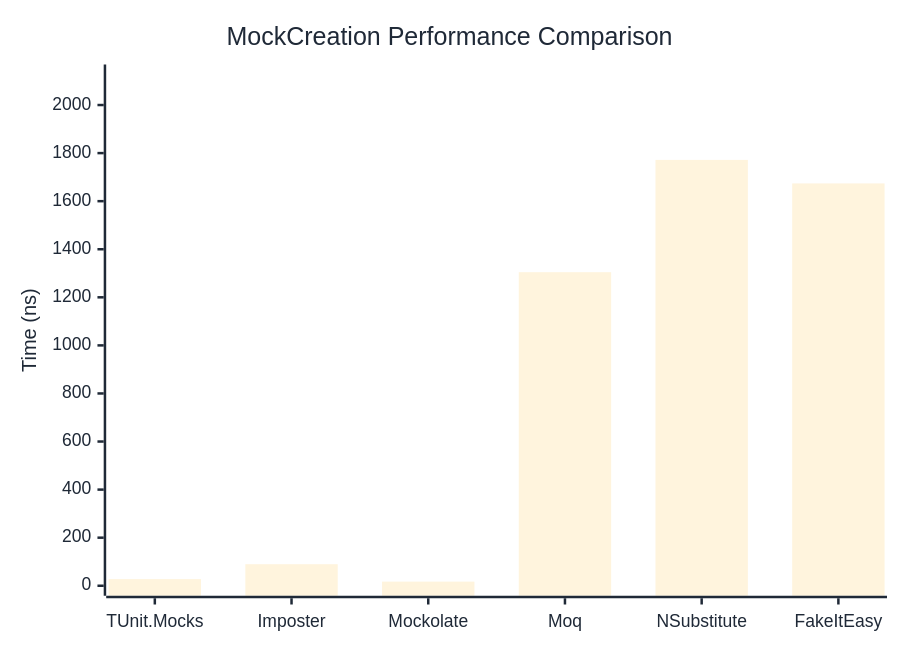
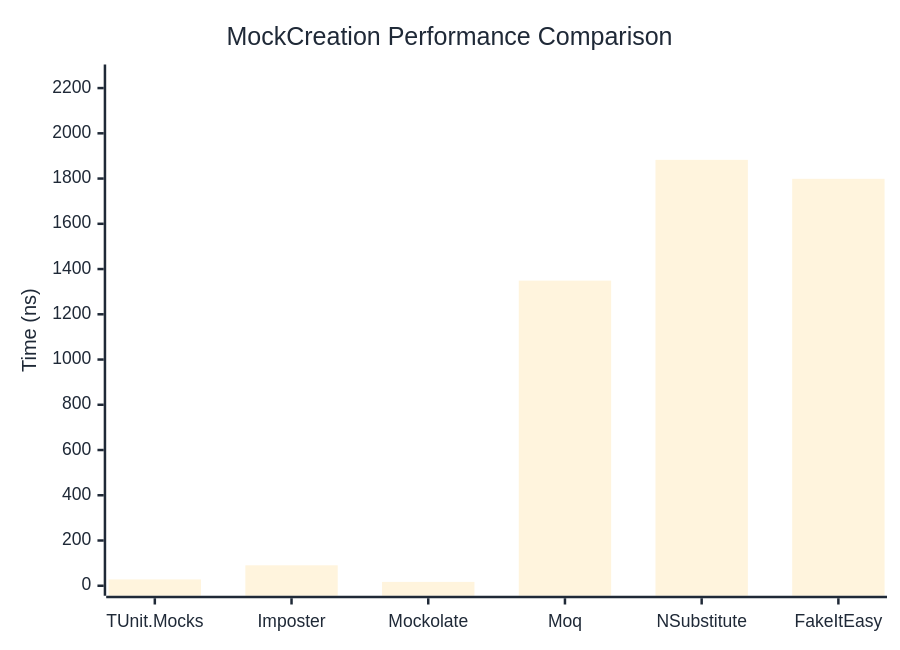
The first of 2 diagrams in docs/docs/benchmarks/mocks/MockCreation.md (thomhurst/TUnit), drawn with Mermaid before and after one commit. The commit also changed other lines of this file and 14 other files, not shown here.

````diff
--- a/docs/docs/benchmarks/mocks/MockCreation.md
+++ b/docs/docs/benchmarks/mocks/MockCreation.md
@@ -30,27 +30,27 @@
 ```mermaid
 %%{init: {
   'theme':'base',
   'themeVariables': {
     'primaryColor': '#2563eb',
     'primaryTextColor': '#1f2937',
     'primaryBorderColor': '#1e40af',
     'lineColor': '#6b7280',
     'secondaryColor': '#7c3aed',
     'tertiaryColor': '#dc2626',
     'background': '#ffffff',
     'pie1': '#2563eb',
     'pie2': '#7c3aed',
     'pie3': '#dc2626',
     'pie4': '#f59e0b',
     'pie5': '#10b981',
     'pie6': '#06b6d4',
     'pie7': '#ec4899',
     'pie8': '#6366f1'
   }
 }}%%
 xychart-beta
   title "MockCreation Performance Comparison"
   x-axis ["TUnit.Mocks", "Imposter", "Mockolate", "Moq", "NSubstitute", "FakeItEasy"]
-  y-axis "Time (ns)" 0 --> 2127
-  bar [27.6, 89.56, 17.16, 1304.49, 1771.72, 1673.87]
+  y-axis "Time (ns)" 0 --> 2260
+  bar [27.97, 90.33, 16.96, 1348.85, 1882.69, 1798.86]
 ```
````
